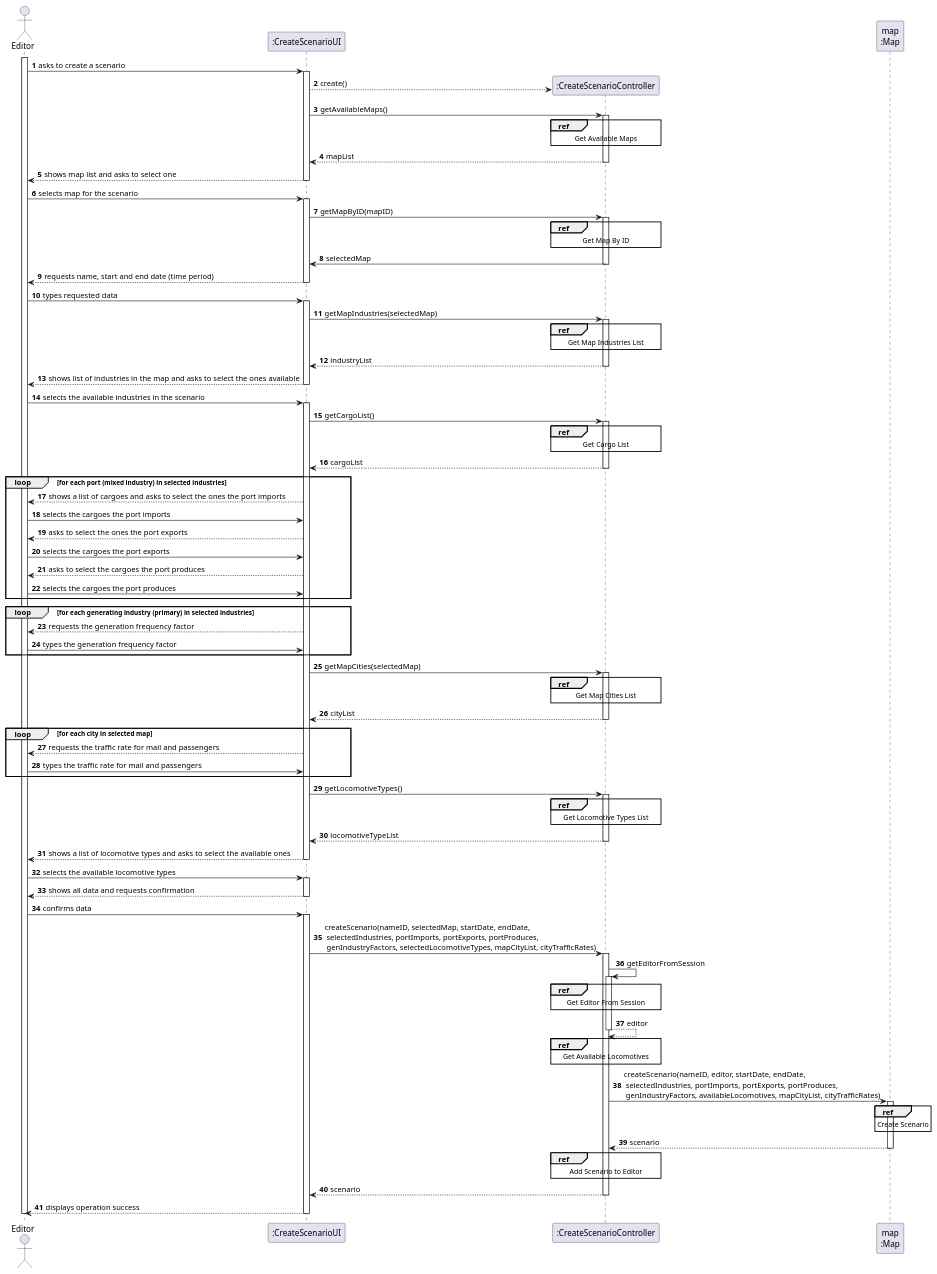
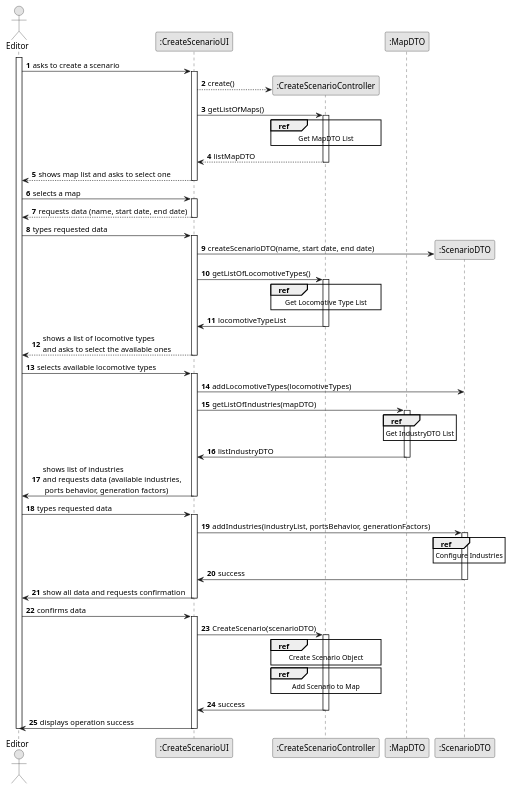
Before and after one commit to HenriqueSilva18/Railway-Network-Simulator: the diagram in docs/system-documentation/Sprint 3/US04/03.design/puml/US04-SD-split.puml, drawn with PlantUML. The commit also changed 24 other files, not shown here.

```diff
--- a/docs/system-documentation/Sprint 3/US04/03.design/puml/US04-SD-split.puml
+++ b/docs/system-documentation/Sprint 3/US04/03.design/puml/US04-SD-split.puml
@@ -1,151 +1,126 @@
 @startuml
-'skinparam monochrome true
+skinparam monochrome true
 skinparam packageStyle rectangle
 skinparam shadowing false
 
 autonumber
 
 'hide footbox
 actor "Editor" as EDITOR
+
 participant ":CreateScenarioUI" as UI
 participant ":CreateScenarioController" as CTRL
-participant "map\n:Map" as MAP
+participant ":MapDTO" as MAP_DTO
+participant ":ScenarioDTO" as DTO
 
 activate EDITOR
 
     EDITOR -> UI : asks to create a scenario
+
     activate UI
+
         UI --> CTRL** : create()
+        UI -> CTRL : getListOfMaps()
+        ref over CTRL
+            Get MapDTO List
+        end ref
 
-        UI -> CTRL : getAvailableMaps()
         activate CTRL
-            ref over CTRL
-                Get Available Maps
-            end ref
-            CTRL --> UI : mapList
+
+            CTRL --> UI : listMapDTO
         deactivate CTRL
 
         UI --> EDITOR : shows map list and asks to select one
     deactivate UI
 
-    EDITOR -> UI : selects map for the scenario
+    EDITOR -> UI : selects a map
     activate UI
 
-        UI -> CTRL : getMapByID(mapID)
-        activate CTRL
-                        ref over CTRL
-                            Get Map By ID
-                        end ref
-        CTRL -> UI : selectedMap
-        deactivate CTRL
-
-
-        UI --> EDITOR : requests name, start and end date (time period)
+        UI --> EDITOR : requests data (name, start date, end date)
     deactivate UI
 
     EDITOR -> UI : types requested data
     activate UI
-        UI -> CTRL : getMapIndustries(selectedMap)
+
+        UI -> DTO** : createScenarioDTO(name, start date, end date)
+
+        UI -> CTRL : getListOfLocomotiveTypes()
         activate CTRL
-            ref over CTRL
-                Get Map Industries List
-            end ref
-            CTRL --> UI : industryList
+
+                ref over CTRL
+                    Get Locomotive Type List
+                end ref
+
+        CTRL -> UI : locomotiveTypeList
         deactivate CTRL
 
-        UI --> EDITOR : shows list of industries in the map and asks to select the ones available
+        UI --> EDITOR : shows a list of locomotive types\nand asks to select the available ones
     deactivate UI
 
-    EDITOR -> UI : selects the available industries in the scenario
+    EDITOR -> UI : selects available locomotive types
     activate UI
 
-        UI -> CTRL : getCargoList()
-        activate CTRL
-            ref over CTRL
-                Get Cargo List
-            end ref
+        UI -> DTO : addLocomotiveTypes(locomotiveTypes)
 
-            CTRL --> UI : cargoList
-        deactivate CTRL
 
-        loop for each port (mixed industry) in selected industries
-            UI --> EDITOR : shows a list of cargoes and asks to select the ones the port imports
-            EDITOR -> UI : selects the cargoes the port imports
-            UI --> EDITOR : asks to select the ones the port exports
-            EDITOR -> UI : selects the cargoes the port exports
-            UI --> EDITOR : asks to select the cargoes the port produces
-            EDITOR -> UI : selects the cargoes the port produces
-        end
 
-        loop for each generating industry (primary) in selected industries
-            UI --> EDITOR : requests the generation frequency factor
-            EDITOR -> UI : types the generation frequency factor
-        end
 
-        UI -> CTRL : getMapCities(selectedMap)
-        activate CTRL
-            ref over CTRL
-                Get Map Cities List
-            end ref
-            CTRL --> UI : cityList
-        deactivate CTRL
 
-        loop for each city in selected map
-            UI --> EDITOR : requests the traffic rate for mail and passengers
-            EDITOR -> UI : types the traffic rate for mail and passengers
-        end
+            UI -> MAP_DTO : getListOfIndustries(mapDTO)
+            activate MAP_DTO
 
-        UI -> CTRL : getLocomotiveTypes()
-        activate CTRL
-            ref over CTRL
-                Get Locomotive Types List
-            end ref
-            CTRL --> UI : locomotiveTypeList
-        deactivate CTRL
+                ref over MAP_DTO
+                    Get IndustryDTO List
+                end ref
 
-        UI --> EDITOR : shows a list of locomotive types and asks to select the available ones
-    deactivate UI
+            MAP_DTO -> UI : listIndustryDTO
+            deactivate MAP_DTO
 
-    EDITOR -> UI : selects the available locomotive types
+        UI -> EDITOR : shows list of industries\nand requests data (available industries, \n ports behavior, generation factors)
+        deactivate UI
+
+
+    EDITOR -> UI : types requested data
     activate UI
-        UI --> EDITOR : shows all data and requests confirmation
-    deactivate UI
 
-    EDITOR -> UI : confirms data
-    activate UI
-        UI -> CTRL : createScenario(nameID, selectedMap, startDate, endDate,\n selectedIndustries, portImports, portExports, portProduces,\n genIndustryFactors, selectedLocomotiveTypes, mapCityList, cityTrafficRates)
-        activate CTRL
+        UI -> DTO : addIndustries(industryList, portsBehavior, generationFactors)
+        activate DTO
 
-        CTRL -> CTRL : getEditorFromSession
-        activate CTRL
-            ref over CTRL
-                Get Editor From Session
-            end ref
-        CTRL --> CTRL : editor
-        deactivate CTRL
+                ref over DTO
+                    Configure Industries
+                end ref
+
+        DTO -> UI : success
+        deactivate DTO
+
+        UI -> EDITOR : show all data and requests confirmation
+        deactivate UI
+
+
+        EDITOR -> UI : confirms data
+        activate UI
+
+            UI -> CTRL : CreateScenario(scenarioDTO)
+            activate CTRL
 
                 ref over CTRL
-                    Get Available Locomotives
+                    Create Scenario Object
+                end ref
+
+                ref over CTRL
+                    Add Scenario to Map
                 end ref
 
 
-            CTRL -> MAP : createScenario(nameID, editor, startDate, endDate,\n selectedIndustries, portImports, portExports, portProduces,\n genIndustryFactors, availableLocomotives, mapCityList, cityTrafficRates)
-            activate MAP
-                ref over MAP
-                    Create Scenario
-                end ref
-                MAP --> CTRL : scenario
-            deactivate MAP
+            CTRL -> UI : success
+            deactivate CTRL
 
-            ref over CTRL
-                Add Scenario to Editor
-            end ref
+        UI -> EDITOR : displays operation success
+        deactivate UI
 
-            CTRL --> UI : scenario
-        deactivate CTRL
-        UI --> EDITOR : displays operation success
-    deactivate UI
+
+
 
 deactivate EDITOR
 
 @enduml
```
